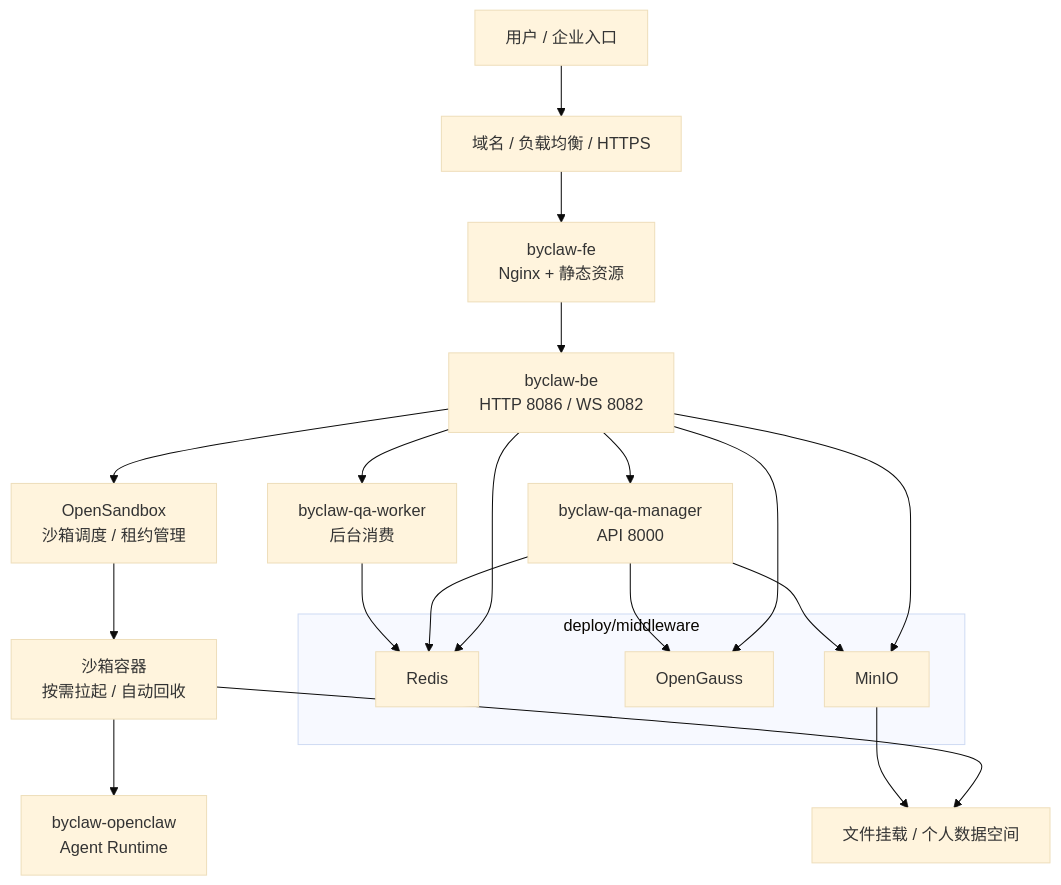
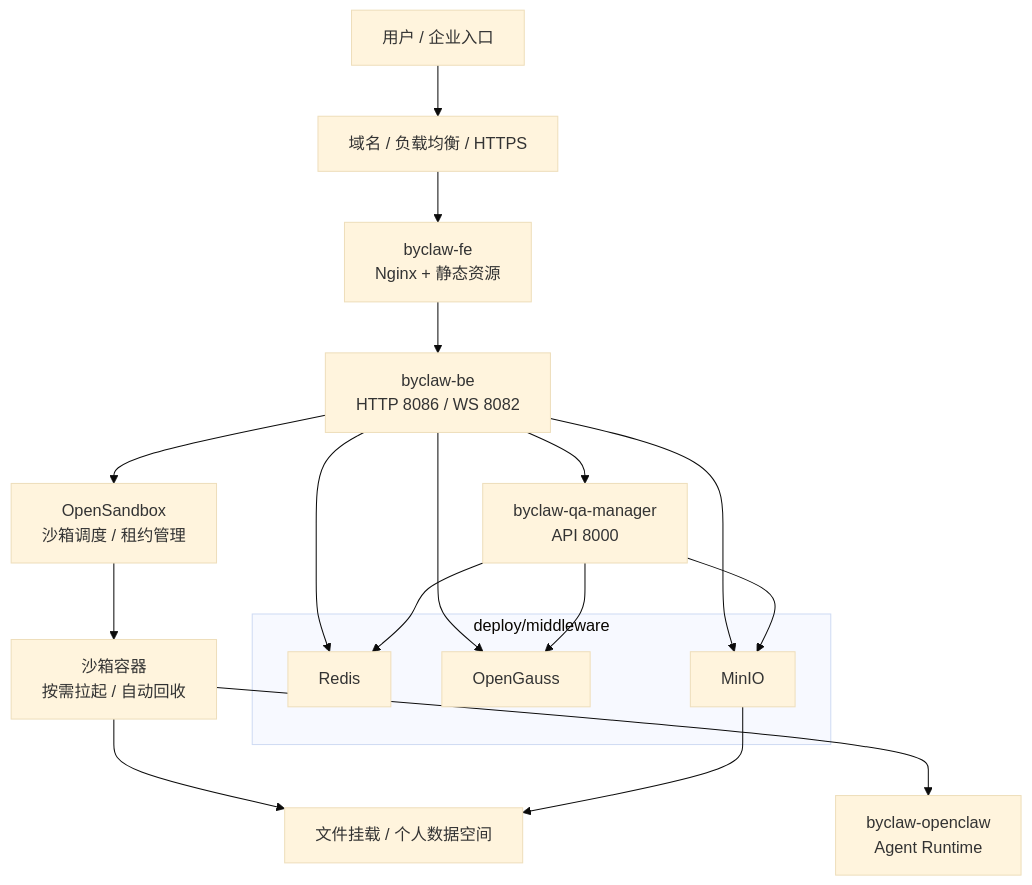
Before and after one commit to beyonai/ByClaw: the fourth of 5 diagrams in README.md, drawn with Mermaid (base theme). The commit also changed other lines of this file and 24 other files, not shown here.

````diff
--- a/README.md
+++ b/README.md
@@ -195,25 +195,23 @@
 ```mermaid
 flowchart TB
     user["用户 / 企业入口"] --> lb["域名 / 负载均衡 / HTTPS"]
     lb --> feC["byclaw-fe<br/>Nginx + 静态资源"]
     feC --> beC["byclaw-be<br/>HTTP 8086 / WS 8082"]
     beC --> qaApi["byclaw-qa-manager<br/>API 8000"]
-    beC --> qaWorker["byclaw-qa-worker<br/>后台消费"]
     beC --> sandboxC["OpenSandbox<br/>沙箱调度 / 租约管理"]
     sandboxC --> sandboxContainer["沙箱容器<br/>按需拉起 / 自动回收"]
     sandboxContainer --> openclawC["byclaw-openclaw<br/>Agent Runtime"]
     subgraph middleware["deploy/middleware"]
         redisC["Redis"]
         dbC["OpenGauss"]
         minioC["MinIO"]
     end
     beC --> redisC
     beC --> dbC
     beC --> minioC
     qaApi --> redisC
     qaApi --> dbC
     qaApi --> minioC
-    qaWorker --> redisC
     sandboxContainer --> mount["文件挂载 / 个人数据空间"]
     minioC --> mount
 ```
````
